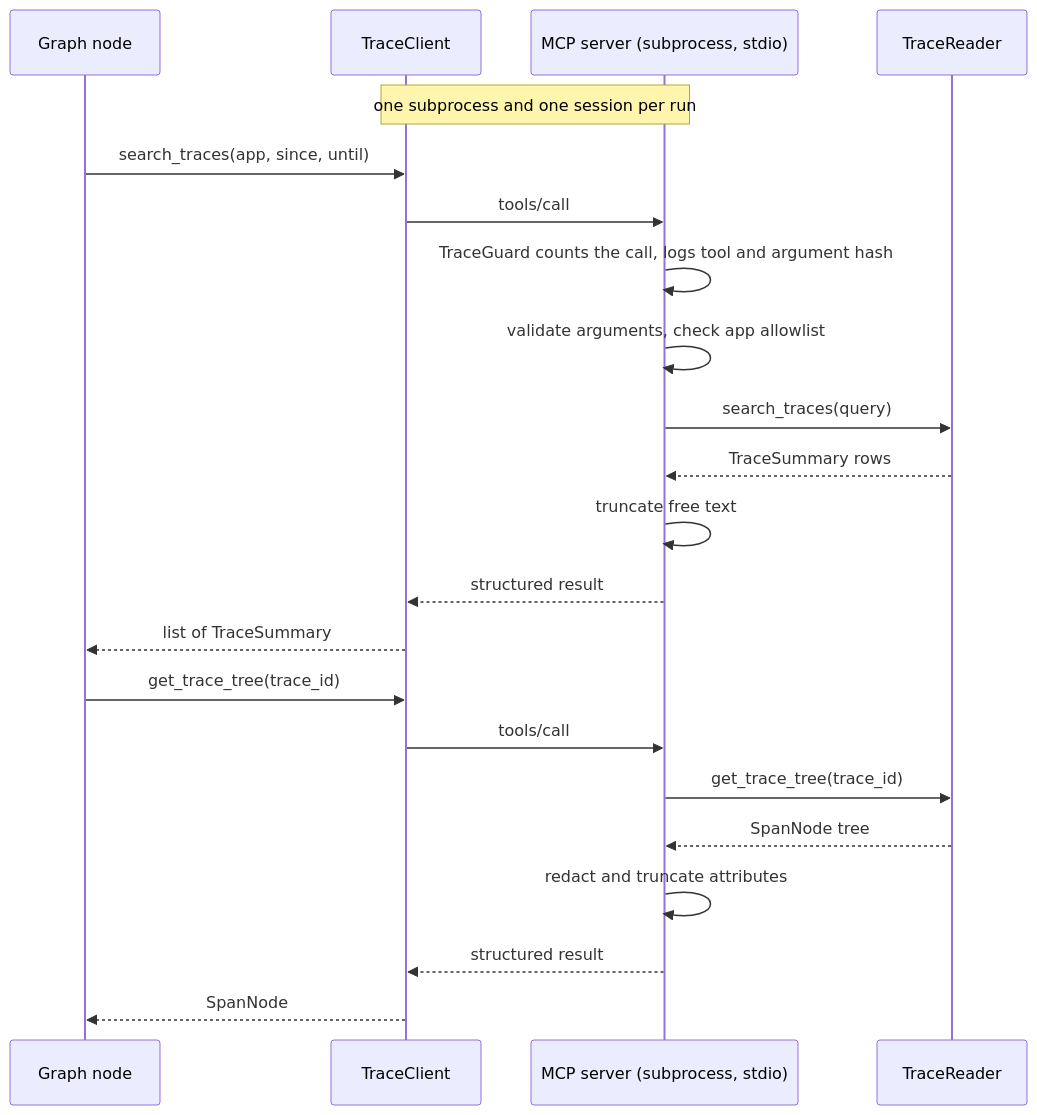
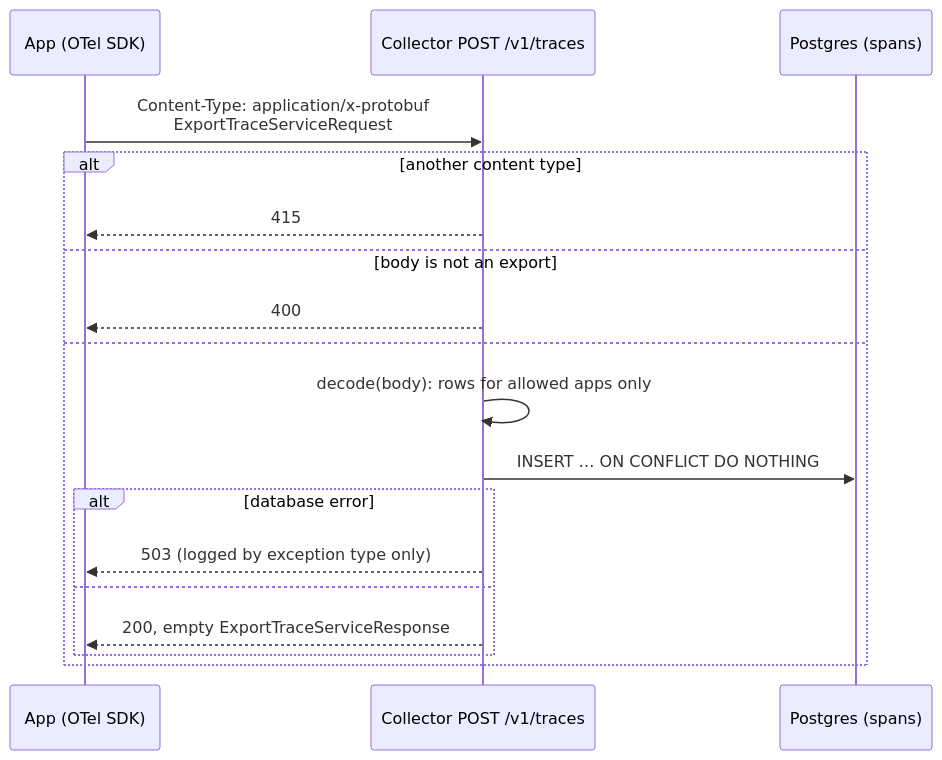
One commit to Nelev/tracescan changed the third of 6 diagrams in README.md. Above: the diagram before and after it, drawn with Mermaid. The commit also changed other lines of this file, not shown here.

First line of the commit message:
docs: rewrite the README for the current architecture

````diff
--- a/README.md
+++ b/README.md
@@ -166,25 +204,21 @@
 ```mermaid
 sequenceDiagram
-    participant G as Graph node
-    participant C as TraceClient
-    participant S as MCP server (subprocess, stdio)
-    participant R as TraceReader
+    participant A as App (OTel SDK)
+    participant C as Collector POST /v1/traces
+    participant P as Postgres (spans)
 
-    Note over C,S: one subprocess and one session per run
-    G->>C: search_traces(app, since, until)
-    C->>S: tools/call
-    S->>S: TraceGuard counts the call, logs tool and argument hash
-    S->>S: validate arguments, check app allowlist
-    S->>R: search_traces(query)
-    R-->>S: TraceSummary rows
-    S->>S: truncate free text
-    S-->>C: structured result
-    C-->>G: list of TraceSummary
-    G->>C: get_trace_tree(trace_id)
-    C->>S: tools/call
-    S->>R: get_trace_tree(trace_id)
-    R-->>S: SpanNode tree
-    S->>S: redact and truncate attributes
-    S-->>C: structured result
-    C-->>G: SpanNode
+    A->>C: Content-Type: application/x-protobuf<br/>ExportTraceServiceRequest
+    alt another content type
+        C-->>A: 415
+    else body is not an export
+        C-->>A: 400
+    else
+        C->>C: decode(body): rows for allowed apps only
+        C->>P: INSERT … ON CONFLICT DO NOTHING
+        alt database error
+            C-->>A: 503 (logged by exception type only)
+        else
+            C-->>A: 200, empty ExportTraceServiceResponse
+        end
+    end
 ```
````
